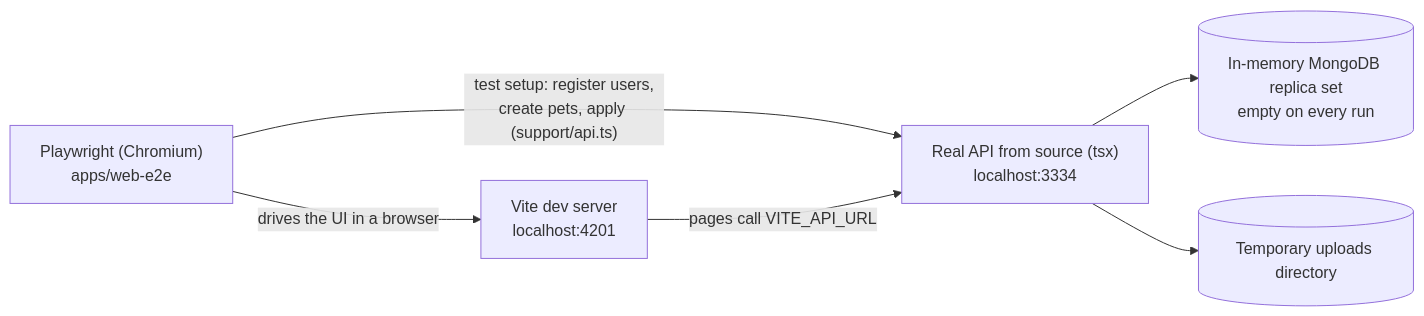
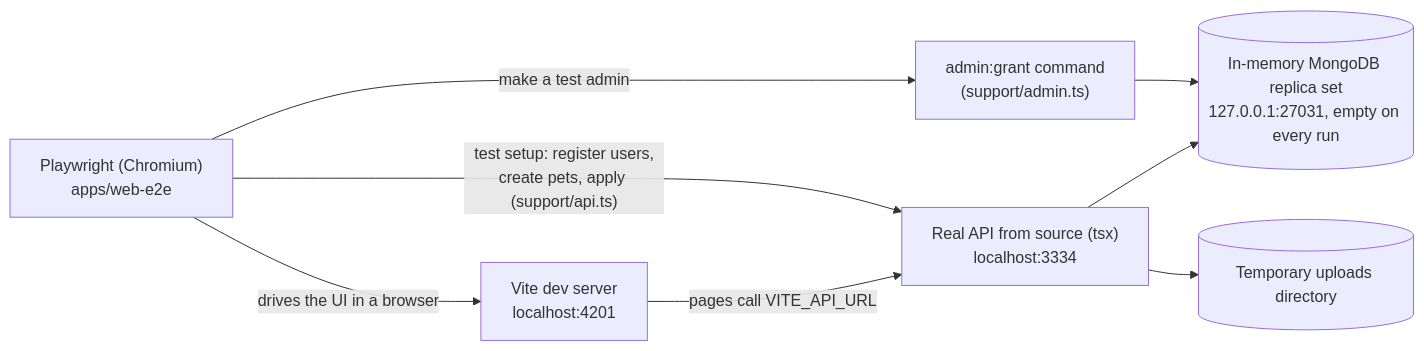
Before and after one commit to BojanSovtic/pet-adoption-system: diagram 14 of 14 in docs/architecture.md, drawn with Mermaid. The commit also changed other lines of this file and 81 other files, not shown here.

````diff
--- a/docs/architecture.md
+++ b/docs/architecture.md
@@ -409,14 +552,17 @@
 ```mermaid
 flowchart LR
   pw["Playwright (Chromium)<br/>apps/web-e2e"]
   web["Vite dev server<br/>localhost:4201"]
   api["Real API from source (tsx)<br/>localhost:3334"]
-  db[("In-memory MongoDB replica set<br/>empty on every run")]
+  db[("In-memory MongoDB replica set<br/>127.0.0.1:27031, empty on every run")]
   tmp[("Temporary uploads directory")]
+  cli["admin:grant command<br/>(support/admin.ts)"]
 
   pw -- "drives the UI in a browser" --> web
   pw -- "test setup: register users,<br/>create pets, apply (support/api.ts)" --> api
+  pw -- "make a test admin" --> cli
+  cli --> db
   web -- "pages call VITE_API_URL" --> api
   api --> db
   api --> tmp
 ```
````
